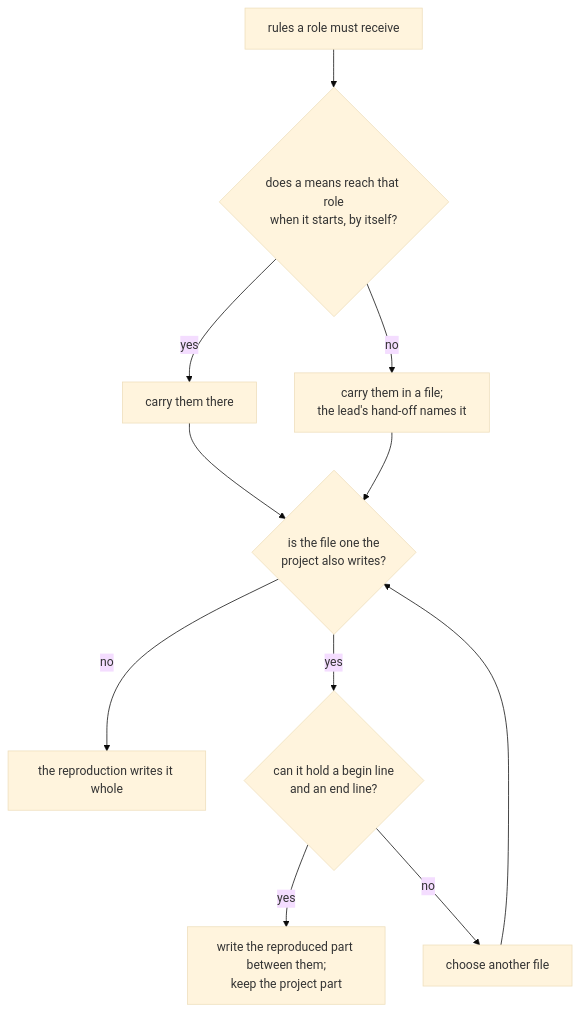
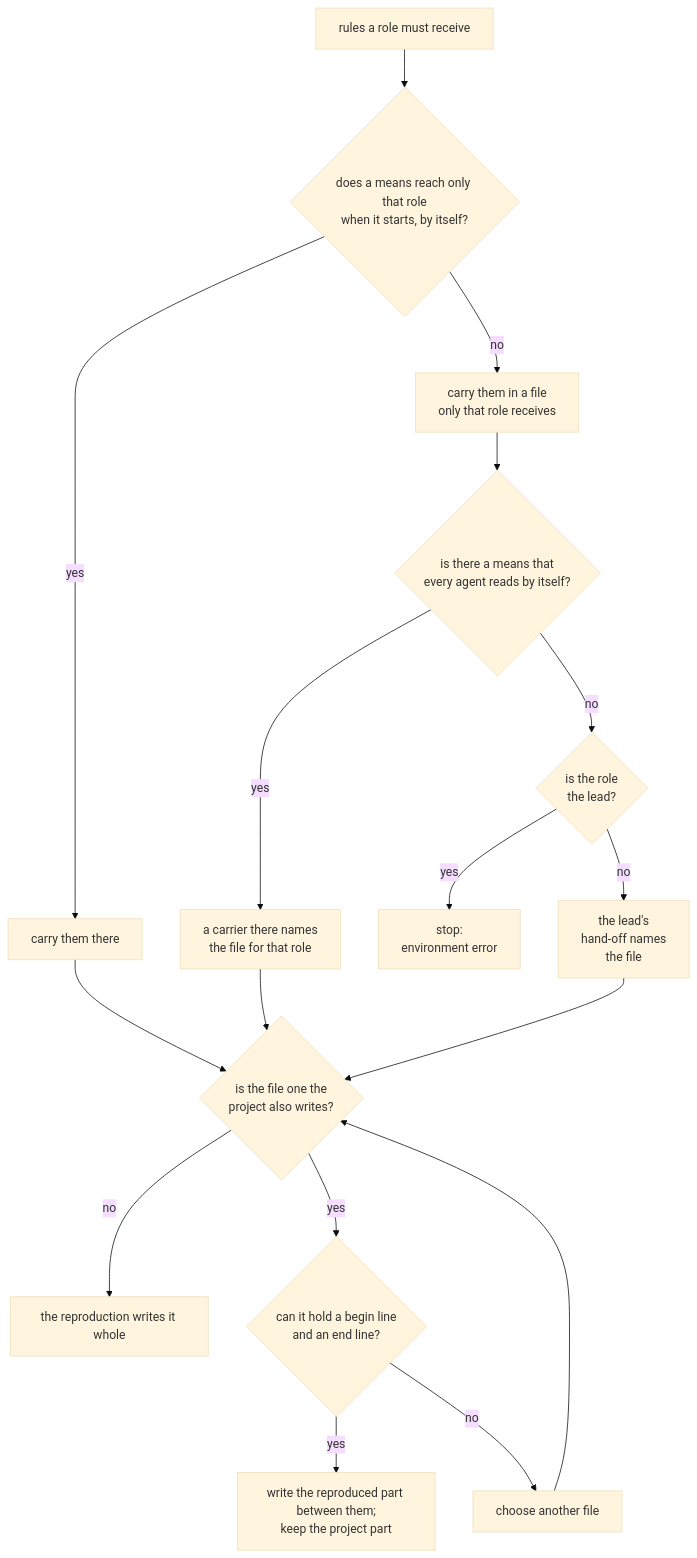
One commit to jheun66/plumbline changed the first of 2 diagrams in docs/design/carriers.md. Above: the diagram before and after it, drawn with Mermaid (base theme). The commit also changed other lines of this file and 5 other files, not shown here.

````diff
--- a/docs/design/carriers.md
+++ b/docs/design/carriers.md
@@ -64,13 +65,19 @@
 ```mermaid
 flowchart TD
-  A["rules a role must receive"] --> B{"does a means reach that role<br/>when it starts, by itself?"}
+  A["rules a role must receive"] --> B{"does a means reach only that role<br/>when it starts, by itself?"}
   B -->|"yes"| C["carry them there"]
-  B -->|"no"| D["carry them in a file;<br/>the lead's hand-off names it"]
+  B -->|"no"| D["carry them in a file<br/>only that role receives"]
+  D --> N{"is there a means that<br/>every agent reads by itself?"}
+  N -->|"yes"| R["a carrier there names<br/>the file for that role"]
+  N -->|"no"| L{"is the role<br/>the lead?"}
+  L -->|"yes"| X["stop:<br/>environment error"]
+  L -->|"no"| H["the lead's<br/>hand-off names<br/>the file"]
   C --> E{"is the file one the<br/>project also writes?"}
-  D --> E
+  R --> E
+  H --> E
   E -->|"no"| F["the reproduction writes it whole"]
   E -->|"yes"| G{"can it hold a begin line<br/>and an end line?"}
-  G -->|"yes"| H["write the reproduced part between them;<br/>keep the project part"]
+  G -->|"yes"| W["write the reproduced part between them;<br/>keep the project part"]
   G -->|"no"| I["choose another file"]
   I --> E
 ```
````
